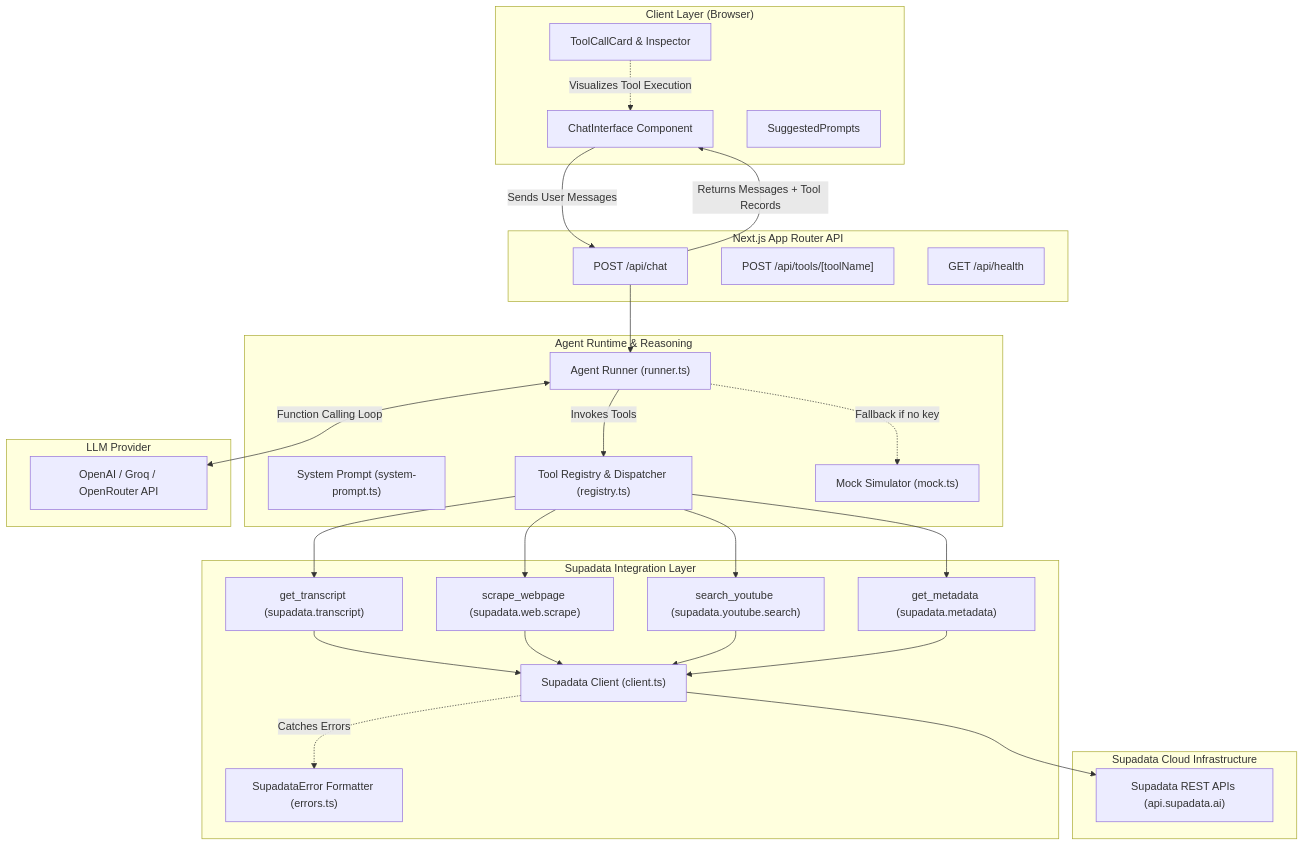
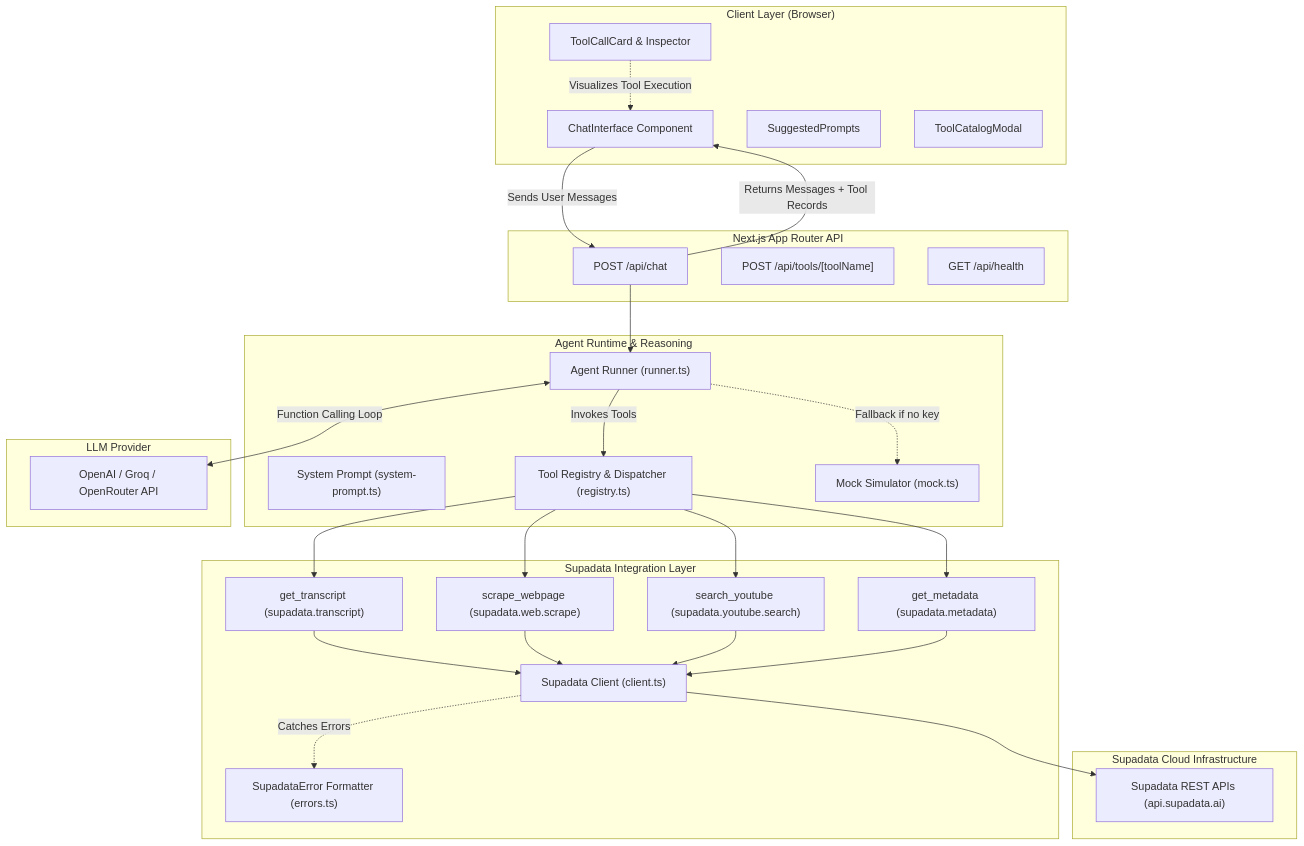
The diagram in README.md (rajeshdk/supadata-example), drawn with Mermaid before and after one commit. The commit also changed other lines of this file and 14 other files, not shown here.

````diff
--- a/README.md
+++ b/README.md
@@ -71,50 +77,51 @@
 ```mermaid
 flowchart TD
     subgraph Client ["Client Layer (Browser)"]
         UI["ChatInterface Component"]
         Cards["ToolCallCard & Inspector"]
         Pills["SuggestedPrompts"]
+        Modal["ToolCatalogModal"]
     end
 
     subgraph API ["Next.js App Router API"]
         ChatRoute["POST /api/chat"]
         ToolRoute["POST /api/tools/[toolName]"]
         HealthRoute["GET /api/health"]
     end
 
     subgraph AgentCore ["Agent Runtime & Reasoning"]
         Runner["Agent Runner (runner.ts)"]
         Prompts["System Prompt (system-prompt.ts)"]
         Registry["Tool Registry & Dispatcher (registry.ts)"]
         Mock["Mock Simulator (mock.ts)"]
     end
 
     subgraph LLM ["LLM Provider"]
         OpenAI["OpenAI / Groq / OpenRouter API"]
     end
 
     subgraph SupadataSDK ["Supadata Integration Layer"]
         ClientInit["Supadata Client (client.ts)"]
         ErrorHandler["SupadataError Formatter (errors.ts)"]
         T1["get_transcript (supadata.transcript)"]
         T2["scrape_webpage (supadata.web.scrape)"]
         T3["search_youtube (supadata.youtube.search)"]
         T4["get_metadata (supadata.metadata)"]
     end
 
     subgraph SupadataCloud ["Supadata Cloud Infrastructure"]
         SupaAPI["Supadata REST APIs (api.supadata.ai)"]
     end
 
     UI -->|"Sends User Messages"| ChatRoute
     ChatRoute --> Runner
     Runner <-->|"Function Calling Loop"| OpenAI
     Runner -->|"Invokes Tools"| Registry
     Registry --> T1 & T2 & T3 & T4
     T1 & T2 & T3 & T4 --> ClientInit
     ClientInit --> SupaAPI
     ClientInit -.->|"Catches Errors"| ErrorHandler
     Runner -.->|"Fallback if no key"| Mock
     ChatRoute -->|"Returns Messages + Tool Records"| UI
     Cards -.->|"Visualizes Tool Execution"| UI
 ```
````
